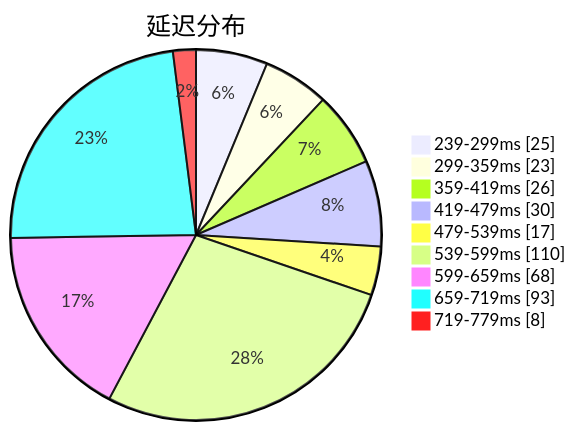
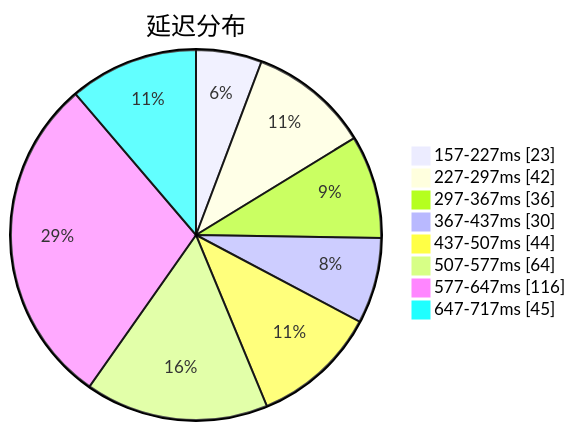
The first of 3 diagrams in subs/statistics/tested_within.md (qjlxg/airport), drawn with Mermaid before and after one commit. The commit also changed other lines of this file and 2 other files, not shown here.

Commit message:
Tested by metaST

````diff
--- a/subs/statistics/tested_within.md
+++ b/subs/statistics/tested_within.md
@@ -2,13 +2,12 @@
 ```mermaid
 pie showData
 title 延迟分布
-"239-299ms" : 25
-"299-359ms" : 23
-"359-419ms" : 26
-"419-479ms" : 30
-"479-539ms" : 17
-"539-599ms" : 110
-"599-659ms" : 68
-"659-719ms" : 93
-"719-779ms" : 8
+"157-227ms" : 23
+"227-297ms" : 42
+"297-367ms" : 36
+"367-437ms" : 30
+"437-507ms" : 44
+"507-577ms" : 64
+"577-647ms" : 116
+"647-717ms" : 45
 ```
````
